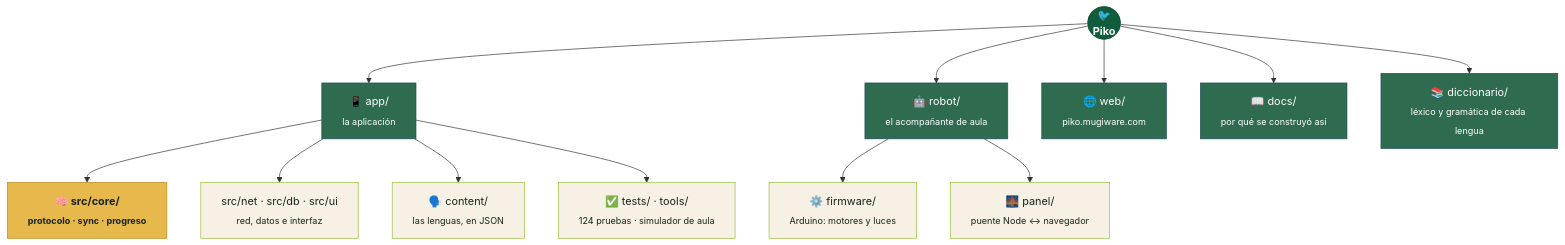
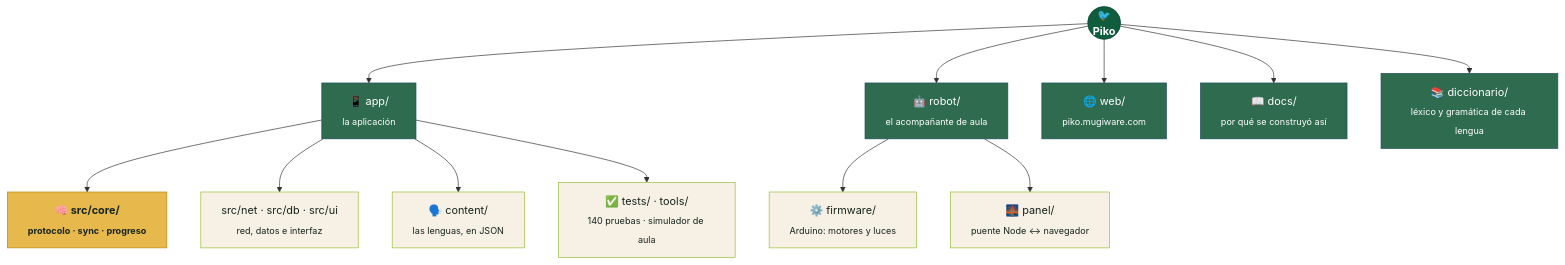
Before and after one commit to dnnyhr/Piko-Aplicacion-para-el-aprendizaje-de-idiomas-: the second of 2 diagrams in README.md, drawn with Mermaid. The commit also changed other lines of this file and 6 other files, not shown here.

````diff
--- a/README.md
+++ b/README.md
@@ -176,28 +176,28 @@
 ```mermaid
 flowchart TD
     RAIZ(("🐦<br/>Piko"))
 
     RAIZ --> APP["📱 app/<br/><sub>la aplicación</sub>"]
     RAIZ --> ROBOT["🤖 robot/<br/><sub>el acompañante de aula</sub>"]
     RAIZ --> WEB["🌐 web/<br/><sub>piko.mugiware.com</sub>"]
     RAIZ --> DOCS["📖 docs/<br/><sub>por qué se construyó así</sub>"]
     RAIZ --> DICC["📚 diccionario/<br/><sub>léxico y gramática de cada lengua</sub>"]
 
     APP --> CORE["🧠 src/core/<br/><sub>protocolo · sync · progreso</sub>"]
     APP --> RESTO["src/net · src/db · src/ui<br/><sub>red, datos e interfaz</sub>"]
     APP --> CONTENT["🗣️ content/<br/><sub>las lenguas, en JSON</sub>"]
-    APP --> TESTS["✅ tests/ · tools/<br/><sub>124 pruebas · simulador de aula</sub>"]
+    APP --> TESTS["✅ tests/ · tools/<br/><sub>140 pruebas · simulador de aula</sub>"]
 
     ROBOT --> FIRM["⚙️ firmware/<br/><sub>Arduino: motores y luces</sub>"]
     ROBOT --> PANEL["🌉 panel/<br/><sub>puente Node ↔ navegador</sub>"]
 
     classDef raiz fill:#0F5D3D,stroke:#0A4530,color:#fff,font-weight:bold
     classDef puerta fill:#2F6B4F,stroke:#1F4E5F,color:#fff
     classDef nucleo fill:#E7B84C,stroke:#B9860F,color:#16241D,font-weight:bold
     classDef hoja fill:#F7F0E4,stroke:#97C137,color:#16241D
 
     class RAIZ raiz
     class APP,ROBOT,WEB,DOCS,DICC puerta
     class CORE nucleo
     class RESTO,CONTENT,TESTS,FIRM,PANEL hoja
 ```
````
